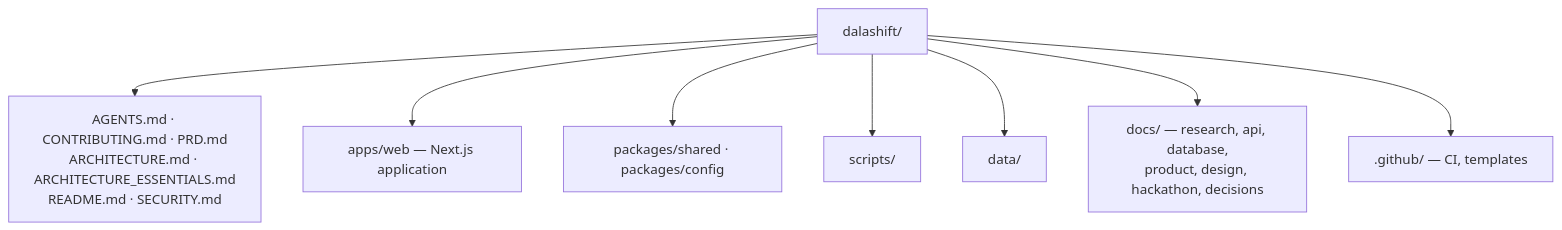
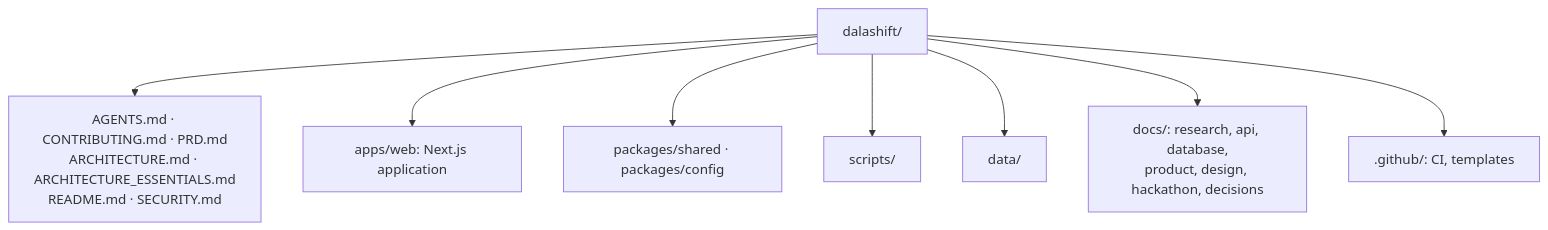
One commit to vip-ultr/dalashift changed the second of 2 diagrams in README.md. Above: the diagram before and after it, drawn with Mermaid. The commit also changed other lines of this file and 62 other files, not shown here.

````diff
--- a/README.md
+++ b/README.md
@@ -165,11 +165,11 @@
 ```mermaid
 flowchart TB
     Root["dalashift/"]
     Root --> Docs["AGENTS.md · CONTRIBUTING.md · PRD.md<br/>ARCHITECTURE.md · ARCHITECTURE_ESSENTIALS.md<br/>README.md · SECURITY.md"]
-    Root --> Apps["apps/web — Next.js application"]
+    Root --> Apps["apps/web: Next.js application"]
     Root --> Pkgs["packages/shared · packages/config"]
     Root --> Scripts["scripts/"]
     Root --> Data["data/"]
-    Root --> Docs2["docs/ — research, api, database,<br/>product, design, hackathon, decisions"]
-    Root --> Github[".github/ — CI, templates"]
+    Root --> Docs2["docs/: research, api, database,<br/>product, design, hackathon, decisions"]
+    Root --> Github[".github/: CI, templates"]
 ```
````
